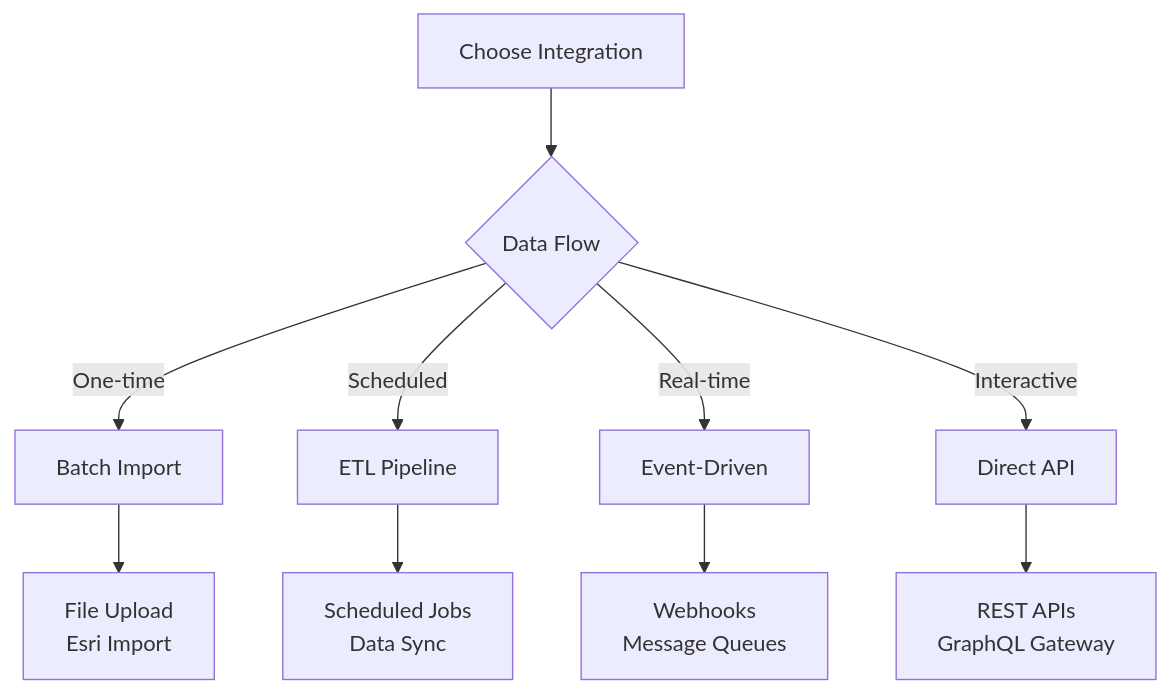
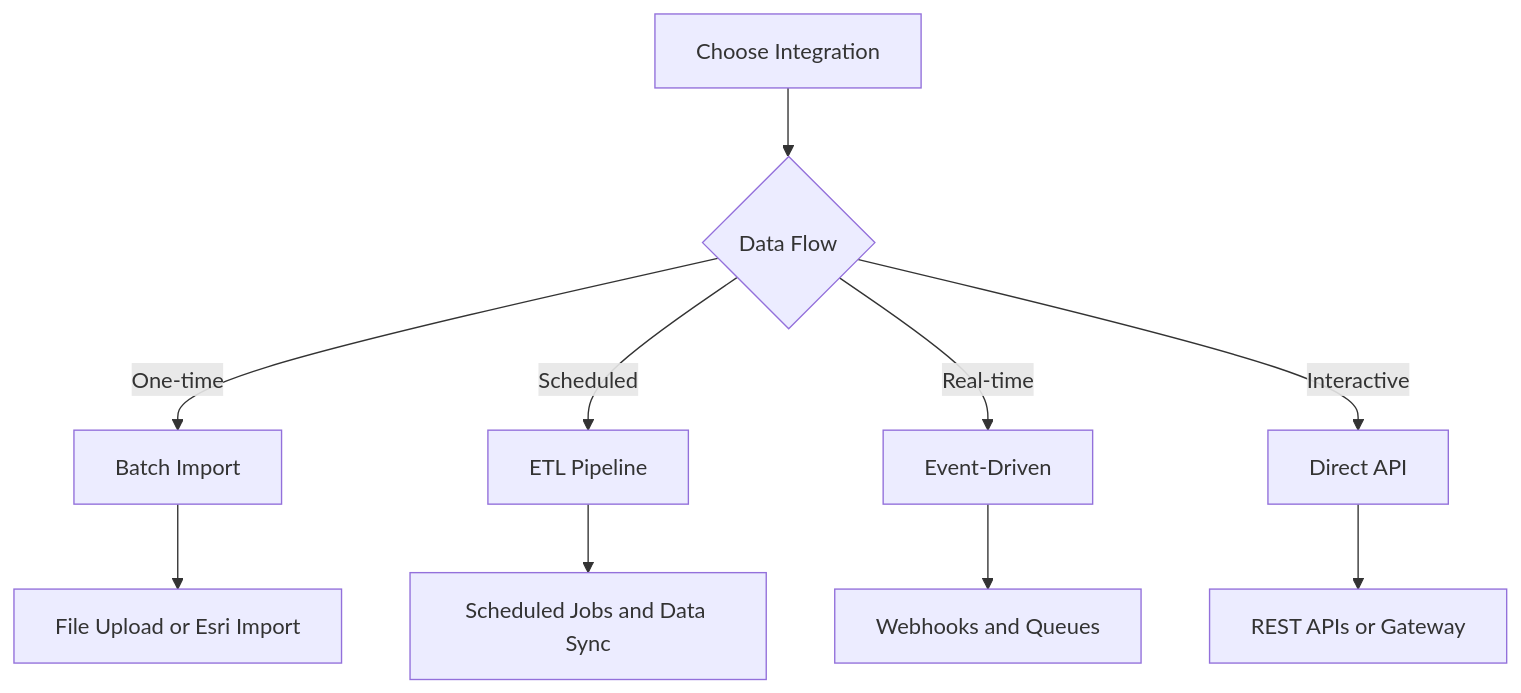
Before and after one commit to honua-io/honua-server: the diagram in docs/user/INTEGRATION_PATTERNS.md, drawn with Mermaid. The commit also changed other lines of this file and 48 other files, not shown here.

````diff
--- a/docs/user/INTEGRATION_PATTERNS.md
+++ b/docs/user/INTEGRATION_PATTERNS.md
@@ -15,14 +17,14 @@
 ```mermaid
 graph TD
     A[Choose Integration] --> B{Data Flow}
 
     B -->|One-time| C[Batch Import]
     B -->|Scheduled| D[ETL Pipeline]
     B -->|Real-time| E[Event-Driven]
     B -->|Interactive| F[Direct API]
 
-    C --> G[File Upload<br/>Esri Import]
-    D --> H[Scheduled Jobs<br/>Data Sync]
-    E --> I[Webhooks<br/>Message Queues]
-    F --> J[REST APIs<br/>GraphQL Gateway]
+    C --> G[File Upload or Esri Import]
+    D --> H[Scheduled Jobs and Data Sync]
+    E --> I[Webhooks and Queues]
+    F --> J[REST APIs or Gateway]
 ```
````
